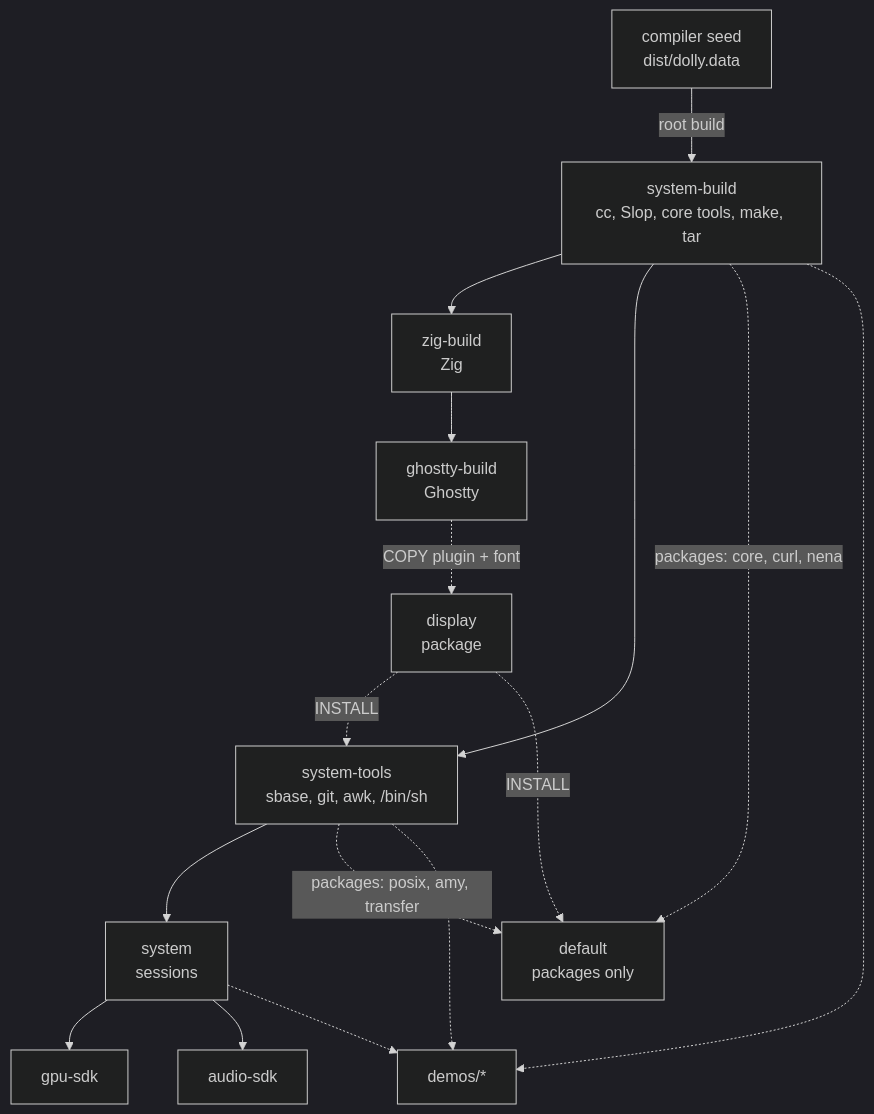
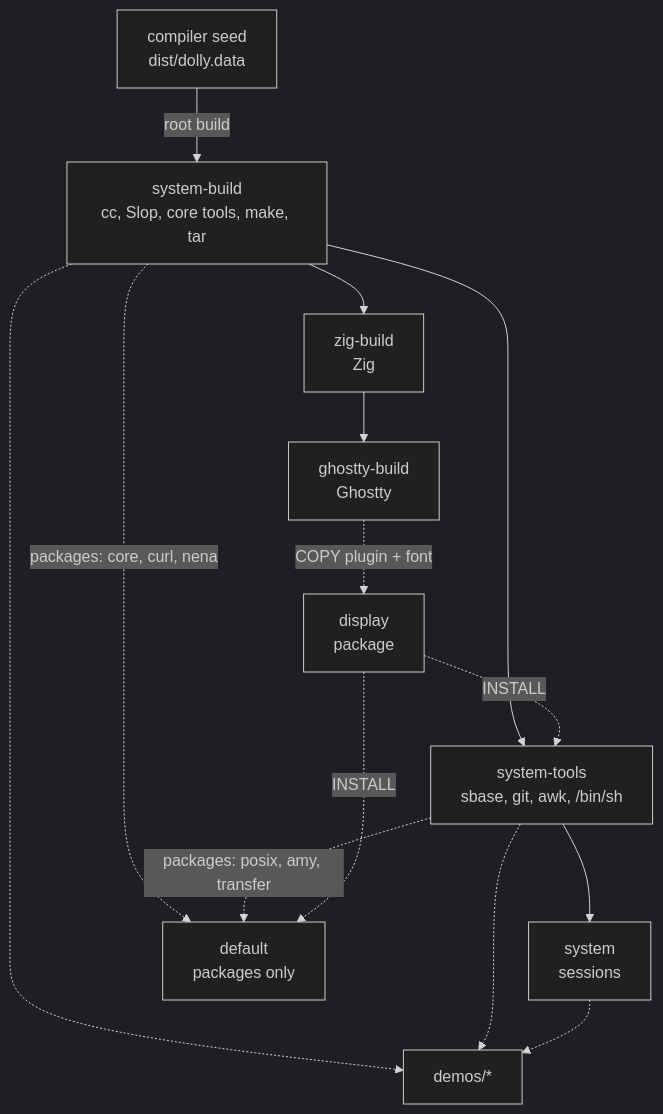
The third of 3 diagrams in docs/architecture.md (daugasauron/dolly), drawn with Mermaid (dark theme) before and after one commit. The commit also changed other lines of this file and 5 other files, not shown here.

First line of the commit message:
Documents: the base graph and the microphone's SDK without gpu-sdk and audio-sdk

````diff
--- a/docs/architecture.md
+++ b/docs/architecture.md
@@ -100,19 +100,17 @@
 ```mermaid
 flowchart TD
   seed["compiler seed<br/>dist/dolly.data"] -- "root build" --> sb["system-build<br/>cc, Slop, core tools, make, tar"]
   sb --> zb["zig-build<br/>Zig"]
   zb --> gb["ghostty-build<br/>Ghostty"]
   gb -. "COPY plugin + font" .-> disp["display<br/>package"]
   sb --> st["system-tools<br/>sbase, git, awk, /bin/sh"]
   disp -. "INSTALL" .-> st
   st --> sys["system<br/>sessions"]
-  sys --> gpu["gpu-sdk"]
-  sys --> audio["audio-sdk"]
   sb -. "packages: core, curl, nena" .-> def["default<br/>packages only"]
   st -. "packages: posix, amy, transfer" .-> def
   disp -. "INSTALL" .-> def
   demos["demos/*"]
   sb -.-> demos
   st -.-> demos
   sys -.-> demos
 ```
````
